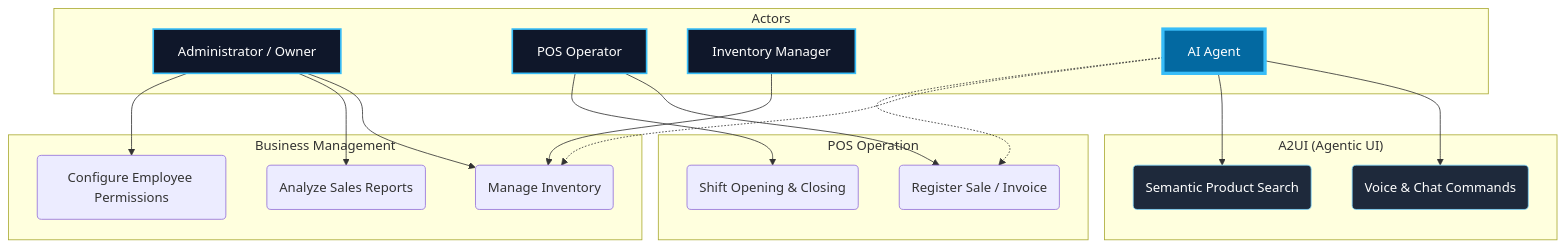
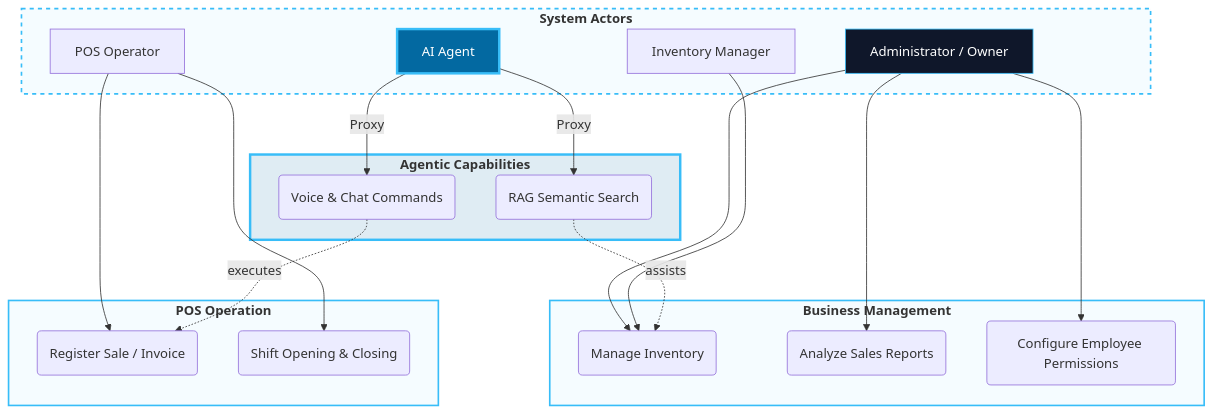
One commit to HecAguilaV/SIGA changed the diagram in docs/technical-room/en/01-SCENARIOS.mdx. Above: the diagram before and after it, drawn with Mermaid. The commit also changed other lines of this file and 10 other files, not shown here.

Commit message:
docs(tech-room): finalize 4+1 view model with high-fidelity diagrams and semantic monorepo sync

````diff
--- a/docs/technical-room/en/01-SCENARIOS.mdx
+++ b/docs/technical-room/en/01-SCENARIOS.mdx
@@ -9,47 +9,42 @@
 ```mermaid
 graph TD
-    subgraph Actors
+    subgraph Actors [<b>System Actors</b>]
         Admin[Administrator / Owner]
         Op[POS Operator]
         Inv[Inventory Manager]
         AI[AI Agent]
     end
 
-    subgraph "Business Management"
+    subgraph Business [<b>Business Management</b>]
         UC1(Manage Inventory)
         UC2(Analyze Sales Reports)
         UC3(Configure Employee Permissions)
     end
 
-    subgraph "POS Operation"
+    subgraph POS [<b>POS Operation</b>]
         UC4(Register Sale / Invoice)
         UC5(Shift Opening & Closing)
     end
 
-    subgraph "A2UI (Agentic UI)"
+    subgraph AI_Layer [<b>Agentic Capabilities</b>]
         AI1(Voice & Chat Commands)
-        AI2(Semantic Product Search)
+        AI2(RAG Semantic Search)
     end
 
-    Admin --> UC1
-    Admin --> UC2
-    Admin --> UC3
-    
-    Op --> UC4
-    Op --> UC5
-    
+    Admin --> UC1 & UC2 & UC3
+    Op --> UC4 & UC5
     Inv --> UC1
     
-    AI --> AI1
-    AI --> AI2
-    AI -.-> UC1
-    AI -.-> UC4
+    AI -- Proxy --> AI1 & AI2
+    AI1 -.->|executes| UC4
+    AI2 -.->|assists| UC1
 
-    %% Accessibility Styles (High Contrast)
-    style Admin fill:#0f172a,stroke:#38bdf8,stroke-width:2px,color:#fff
-    style Op fill:#0f172a,stroke:#38bdf8,stroke-width:2px,color:#fff
-    style Inv fill:#0f172a,stroke:#38bdf8,stroke-width:2px,color:#fff
-    style AI fill:#0369a1,stroke:#38bdf8,stroke-width:4px,color:#fff
-    style AI1 fill:#1e293b,stroke:#7dd3fc,color:#fff
-    style AI2 fill:#1e293b,stroke:#7dd3fc,color:#fff
+    %% Glass-Tech Styles
+    style Actors fill:#0ea5e90a,stroke:#38bdf8,stroke-width:2px,stroke-dasharray: 5 5
+    style Business fill:#0ea5e90a,stroke:#38bdf8,stroke-width:2px
+    style POS fill:#0ea5e90a,stroke:#38bdf8,stroke-width:2px
+    style AI_Layer fill:#0369a120,stroke:#38bdf8,stroke-width:3px
+    
+    style Admin fill:#0f172a,stroke:#38bdf8,color:#fff
+    style AI fill:#0369a1,stroke:#38bdf8,stroke-width:3px,color:#fff
 ```
````
